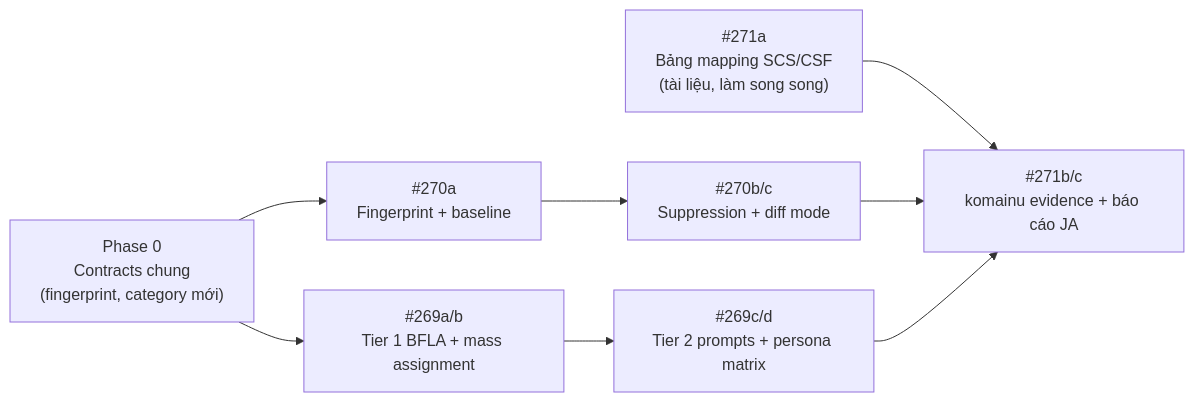
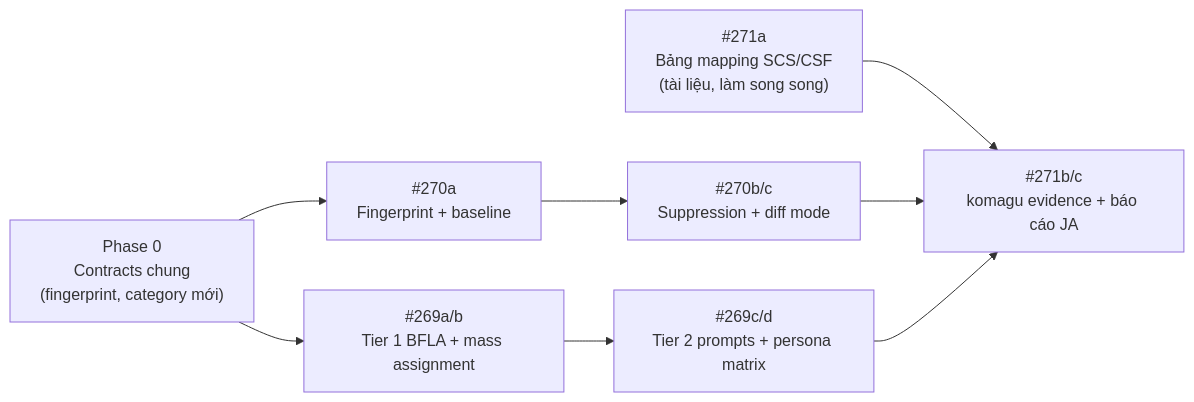
One commit to hoanghainh1188/komagu changed the diagram in docs/feature-plan-269-271.md. Above: the diagram before and after it, drawn with Mermaid. The commit also changed other lines of this file and 56 other files, not shown here.

````diff
--- a/docs/feature-plan-269-271.md
+++ b/docs/feature-plan-269-271.md
@@ -17,10 +17,10 @@
 ```mermaid
 flowchart LR
     P0["Phase 0<br/>Contracts chung<br/>(fingerprint, category mới)"] --> A1["#270a<br/>Fingerprint + baseline"]
     P0 --> B1["#269a/b<br/>Tier 1 BFLA + mass assignment"]
     A1 --> A2["#270b/c<br/>Suppression + diff mode"]
     B1 --> B2["#269c/d<br/>Tier 2 prompts + persona matrix"]
-    M["#271a<br/>Bảng mapping SCS/CSF<br/>(tài liệu, làm song song)"] --> C1["#271b/c<br/>komainu evidence + báo cáo JA"]
+    M["#271a<br/>Bảng mapping SCS/CSF<br/>(tài liệu, làm song song)"] --> C1["#271b/c<br/>komagu evidence + báo cáo JA"]
     A2 --> C1
     B2 --> C1
 ```
````
